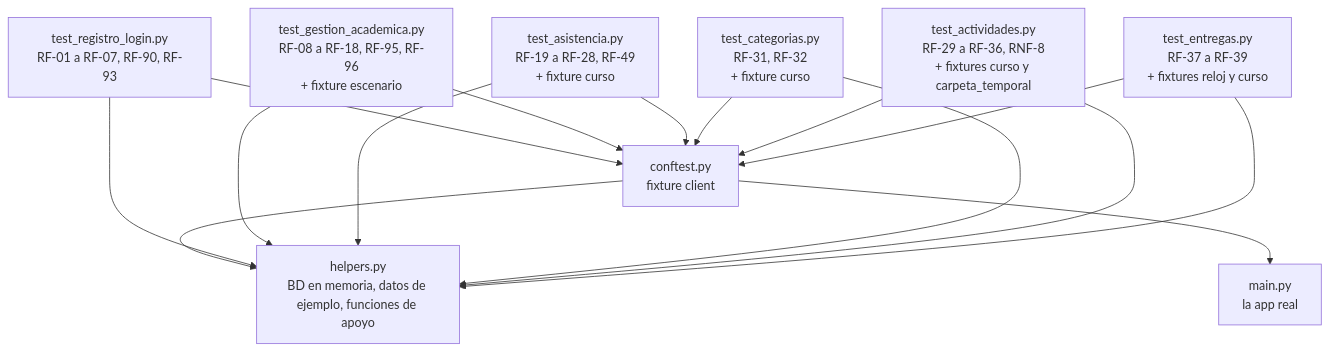
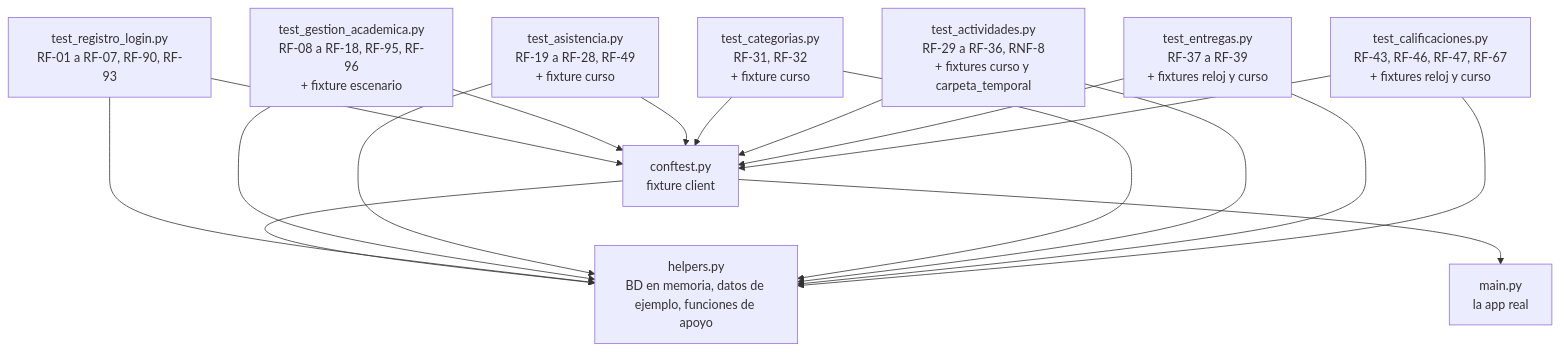
Before and after one commit to Huitrado/SEPA: the diagram in docs/backend/07-pruebas.md, drawn with Mermaid. The commit also changed other lines of this file and 7 other files, not shown here.

````diff
--- a/docs/backend/07-pruebas.md
+++ b/docs/backend/07-pruebas.md
@@ -50,17 +50,19 @@
 ```mermaid
 flowchart TD
     C["conftest.py<br/>fixture client"] --> H["helpers.py<br/>BD en memoria, datos de ejemplo, funciones de apoyo"]
     C --> M["main.py<br/>la app real"]
     T1["test_registro_login.py<br/>RF-01 a RF-07, RF-90, RF-93"] --> C
     T1 --> H
     T2["test_gestion_academica.py<br/>RF-08 a RF-18, RF-95, RF-96<br/>+ fixture escenario"] --> C
     T2 --> H
     T3["test_asistencia.py<br/>RF-19 a RF-28, RF-49<br/>+ fixture curso"] --> C
     T3 --> H
     T4["test_categorias.py<br/>RF-31, RF-32<br/>+ fixture curso"] --> C
     T4 --> H
     T5["test_actividades.py<br/>RF-29 a RF-36, RNF-8<br/>+ fixtures curso y carpeta_temporal"] --> C
     T5 --> H
     T6["test_entregas.py<br/>RF-37 a RF-39<br/>+ fixtures reloj y curso"] --> C
     T6 --> H
+    T7["test_calificaciones.py<br/>RF-43, RF-46, RF-47, RF-67<br/>+ fixtures reloj y curso"] --> C
+    T7 --> H
 ```
````
